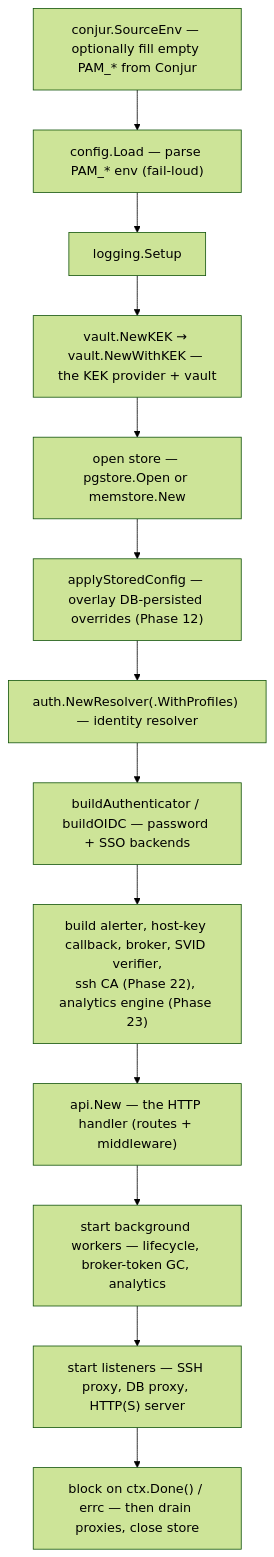
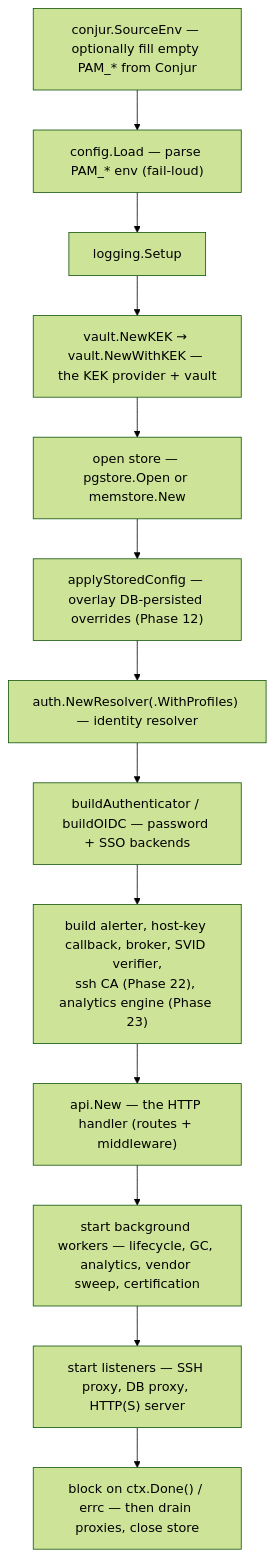
One commit to morandeirachema/PAMv1 changed the second of 7 diagrams in docs/CODE-GUIDE.md. Above: the diagram before and after it, drawn with Mermaid (forest theme). The commit also changed other lines of this file and 32 other files, not shown here.

````diff
--- a/docs/CODE-GUIDE.md
+++ b/docs/CODE-GUIDE.md
@@ -208,15 +208,15 @@
 ```mermaid
 flowchart TD
   A["conjur.SourceEnv — optionally fill empty PAM_* from Conjur"] --> B["config.Load — parse PAM_* env (fail-loud)"]
   B --> C["logging.Setup"]
   C --> D["vault.NewKEK → vault.NewWithKEK — the KEK provider + vault"]
   D --> E["open store — pgstore.Open or memstore.New"]
   E --> F["applyStoredConfig — overlay DB-persisted overrides (Phase 12)"]
   F --> G["auth.NewResolver(.WithProfiles) — identity resolver"]
   G --> H["buildAuthenticator / buildOIDC — password + SSO backends"]
   H --> I["build alerter, host-key callback, broker, SVID verifier,<br/>ssh CA (Phase 22), analytics engine (Phase 23)"]
   I --> J["api.New — the HTTP handler (routes + middleware)"]
-  J --> K["start background workers — lifecycle, broker-token GC, analytics"]
+  J --> K["start background workers — lifecycle, GC, analytics, vendor sweep, certification"]
   K --> L["start listeners — SSH proxy, DB proxy, HTTP(S) server"]
   L --> M["block on ctx.Done() / errc — then drain proxies, close store"]
 ```
````
